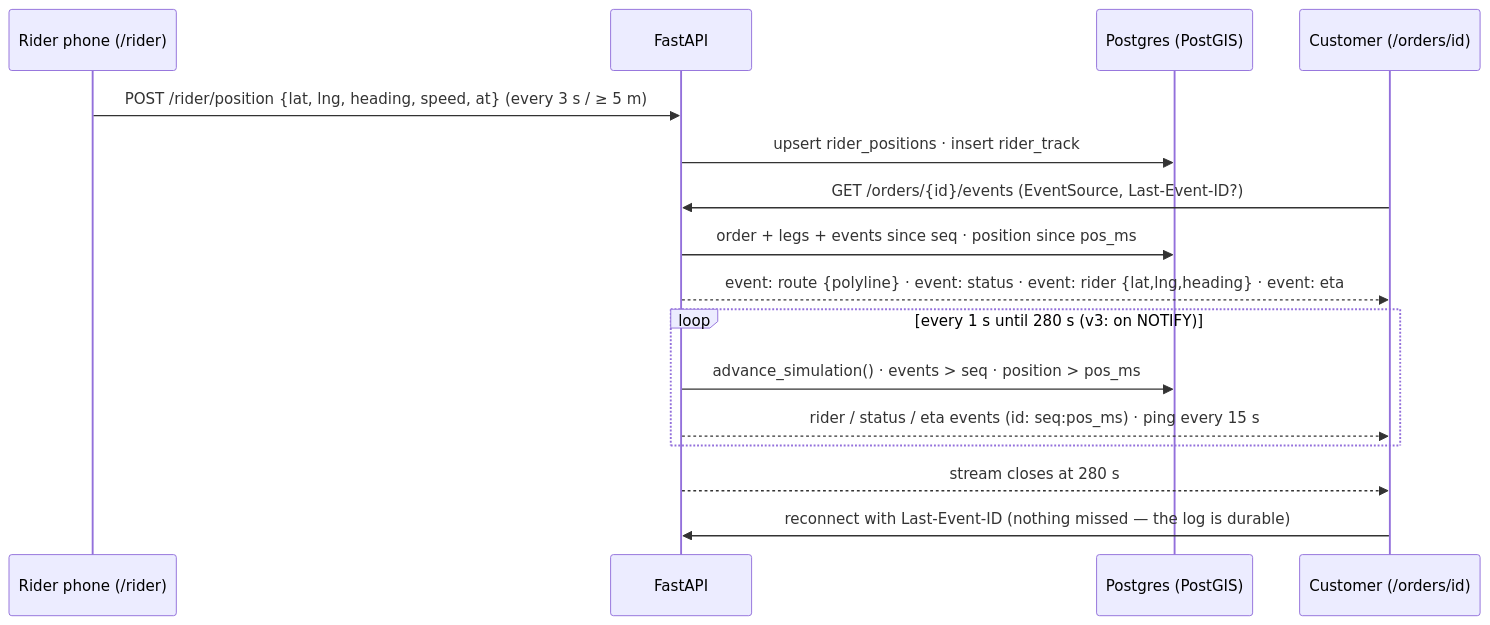
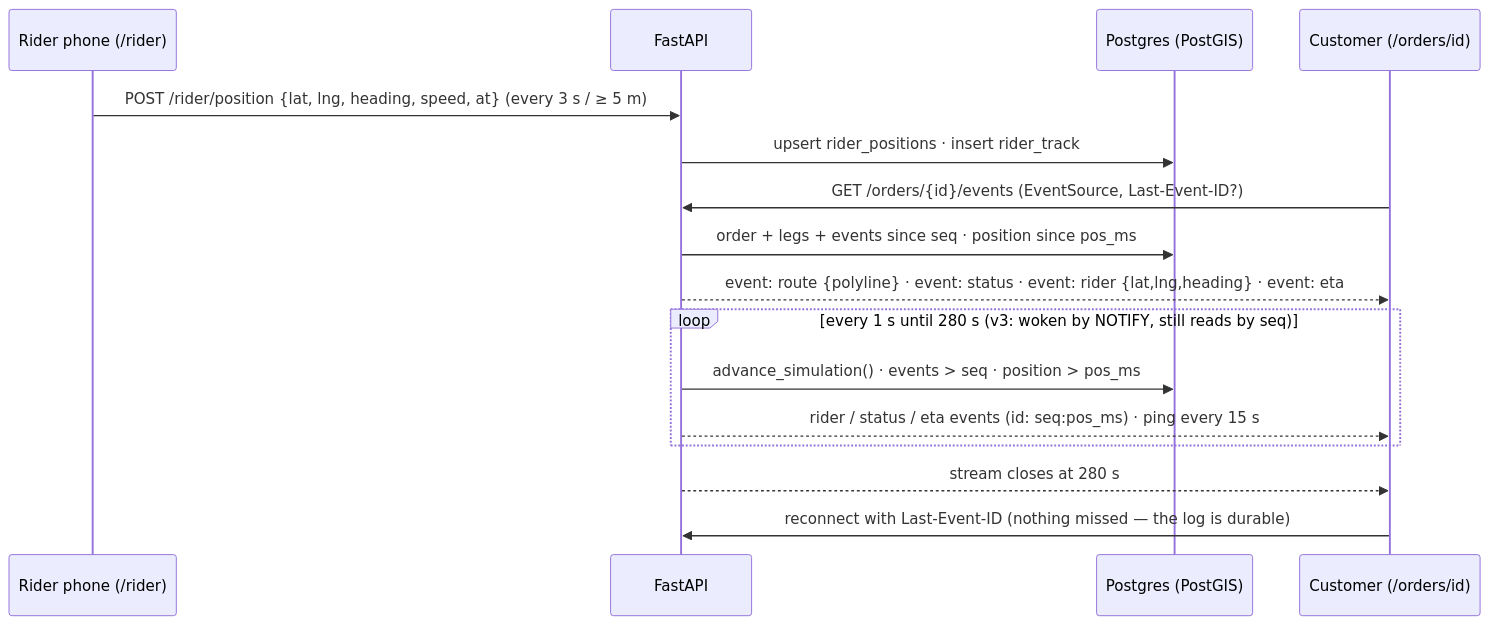
The third of 8 diagrams in docs/03-user-flows.md (virajdomadia/platter), drawn with Mermaid before and after one commit. The commit also changed other lines of this file and 7 other files, not shown here.

````diff
--- a/docs/03-user-flows.md
+++ b/docs/03-user-flows.md
@@ -45,18 +45,18 @@
 ```mermaid
 sequenceDiagram
   participant RP as Rider phone (/rider)
   participant API as FastAPI
   participant PG as Postgres (PostGIS)
   participant CU as Customer (/orders/id)
   RP->>API: POST /rider/position {lat, lng, heading, speed, at} (every 3 s / ≥ 5 m)
   API->>PG: upsert rider_positions · insert rider_track
   CU->>API: GET /orders/{id}/events (EventSource, Last-Event-ID?)
   API->>PG: order + legs + events since seq · position since pos_ms
   API-->>CU: event: route {polyline} · event: status · event: rider {lat,lng,heading} · event: eta
-  loop every 1 s until 280 s (v3: on NOTIFY)
+  loop every 1 s until 280 s (v3: woken by NOTIFY, still reads by seq)
     API->>PG: advance_simulation() · events > seq · position > pos_ms
     API-->>CU: rider / status / eta events (id: seq:pos_ms) · ping every 15 s
   end
   API-->>CU: stream closes at 280 s
   CU->>API: reconnect with Last-Event-ID (nothing missed — the log is durable)
 ```
````
